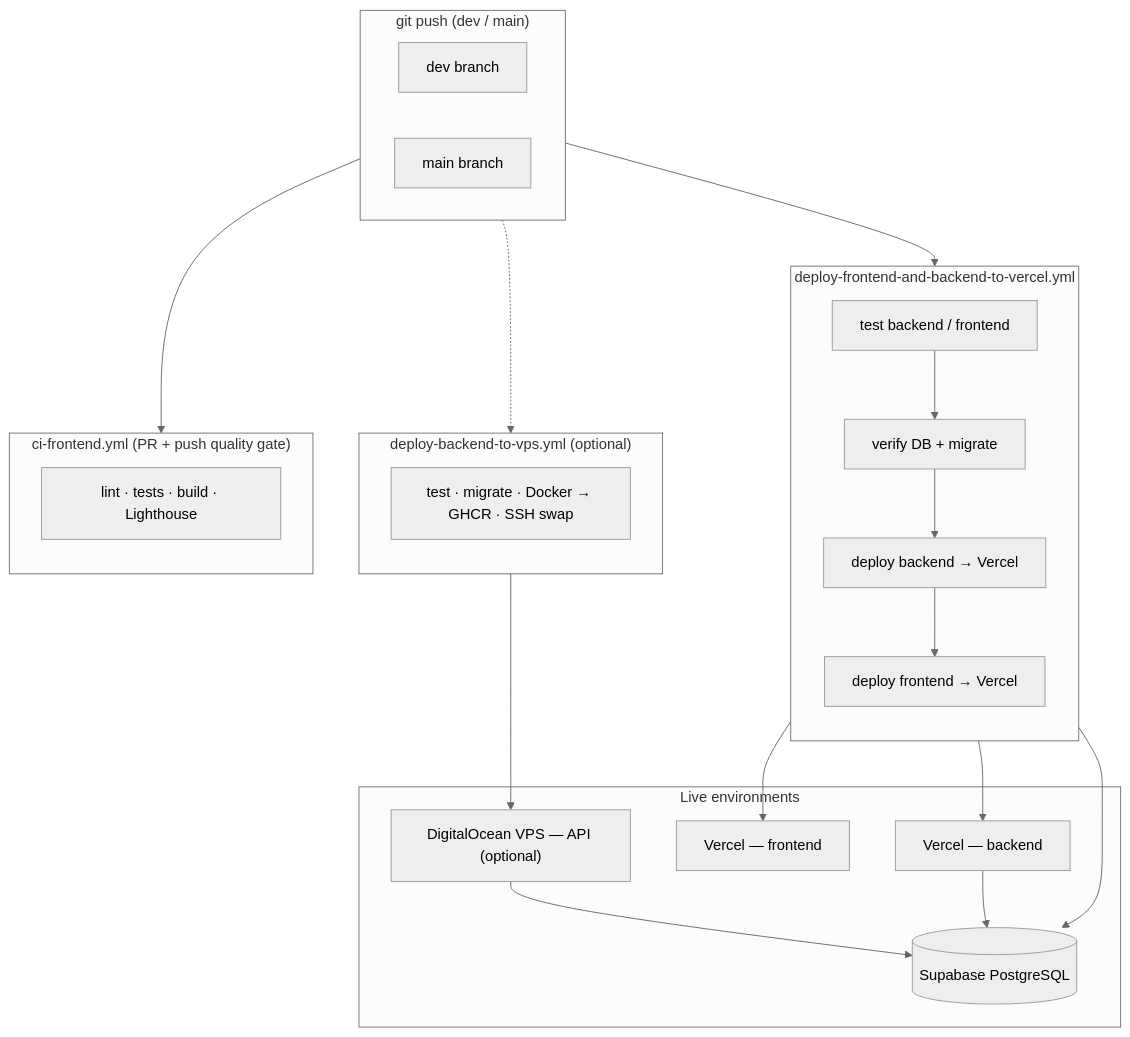
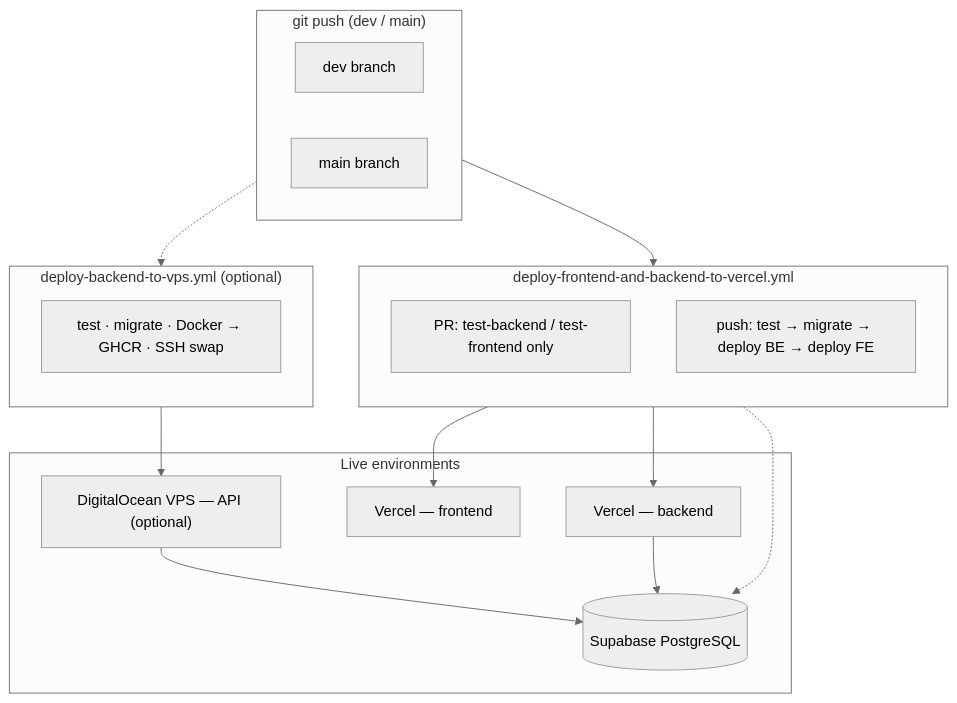
Before and after one commit to hemants1703/AmbitiousYou: the third of 5 diagrams in README.md, drawn with Mermaid (neutral theme). The commit also changed other lines of this file and 8 other files, not shown here.

First line of the commit message:
chore: Remove `ci-frontend` and integrate its checks into unified deploy workflow

````diff
--- a/README.md
+++ b/README.md
@@ -197,43 +197,34 @@
 ```mermaid
 flowchart TB
     subgraph PUSH["git push (dev / main)"]
         DEV["dev branch"]
         MAIN["main branch"]
     end
 
-    subgraph FE_CI["ci-frontend.yml (PR + push quality gate)"]
+    subgraph FE_CI["deploy-frontend-and-backend-to-vercel.yml"]
         direction TB
-        FE1["lint · tests · build · Lighthouse"]
-    end
-
-    subgraph VERCEL_CI["deploy-frontend-and-backend-to-vercel.yml"]
-        direction TB
-        V1["test backend / frontend"]
-        V2["verify DB + migrate"]
-        V3["deploy backend → Vercel"]
-        V4["deploy frontend → Vercel"]
-        V1 --> V2 --> V3 --> V4
+        V0["PR: test-backend / test-frontend only"]
+        V1["push: test → migrate → deploy BE → deploy FE"]
     end
 
     subgraph VPS_CI["deploy-backend-to-vps.yml (optional)"]
         direction TB
         BE1["test · migrate · Docker → GHCR · SSH swap"]
     end
 
     subgraph DEPLOY["Live environments"]
         VERCEL_FE["Vercel — frontend"]
         VERCEL_BE["Vercel — backend"]
         VPS["DigitalOcean VPS — API (optional)"]
         SUPA[("Supabase PostgreSQL")]
     end
 
     PUSH --> FE_CI
-    PUSH --> VERCEL_CI
     PUSH -.-> VPS_CI
-    V4 --> VERCEL_FE
-    V3 --> VERCEL_BE
-    V2 --> SUPA
+    V1 --> VERCEL_FE
+    V1 --> VERCEL_BE
+    V1 -.-> SUPA
     BE1 --> VPS
     VPS --> SUPA
     VERCEL_BE --> SUPA
 ```
````
